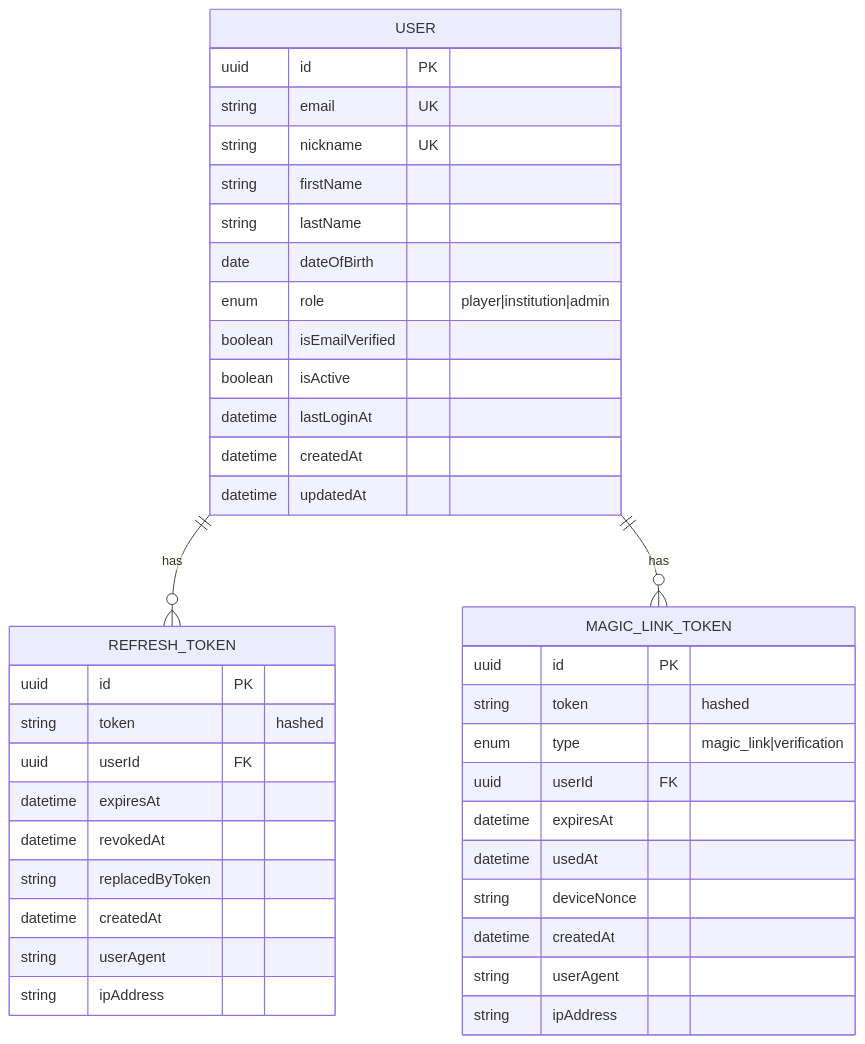
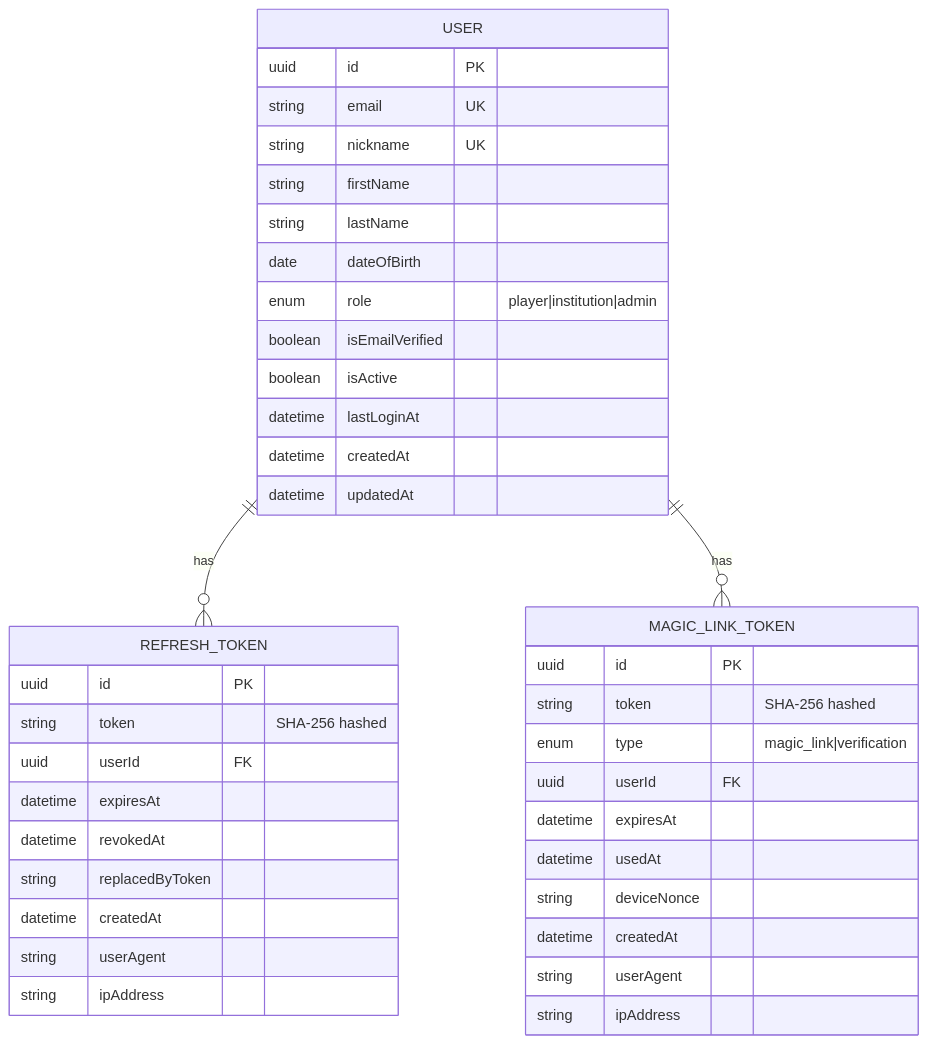
The third of 5 diagrams in authentication-authorization-implementation-plan.md (Labs-de-Games/guardiao-da-cultura), drawn with Mermaid before and after one commit. The commit also changed other lines of this file, not shown here.

Commit message:
docs(auth): revise implementation plan with security fixes and architectural corrections

````diff
--- a/authentication-authorization-implementation-plan.md
+++ b/authentication-authorization-implementation-plan.md
@@ -185,45 +222,45 @@
 ```mermaid
 erDiagram
     USER {
         uuid id PK
         string email UK
         string nickname UK
         string firstName
         string lastName
         date dateOfBirth
         enum role "player|institution|admin"
         boolean isEmailVerified
         boolean isActive
         datetime lastLoginAt
         datetime createdAt
         datetime updatedAt
     }
 
     REFRESH_TOKEN {
         uuid id PK
-        string token "hashed"
+        string token "SHA-256 hashed"
         uuid userId FK
         datetime expiresAt
         datetime revokedAt
         string replacedByToken
         datetime createdAt
         string userAgent
         string ipAddress
     }
 
     MAGIC_LINK_TOKEN {
         uuid id PK
-        string token "hashed"
+        string token "SHA-256 hashed"
         enum type "magic_link|verification"
         uuid userId FK
         datetime expiresAt
         datetime usedAt
         string deviceNonce
         datetime createdAt
         string userAgent
         string ipAddress
     }
 
     USER ||--o{ REFRESH_TOKEN : has
     USER ||--o{ MAGIC_LINK_TOKEN : has
 ```
````
